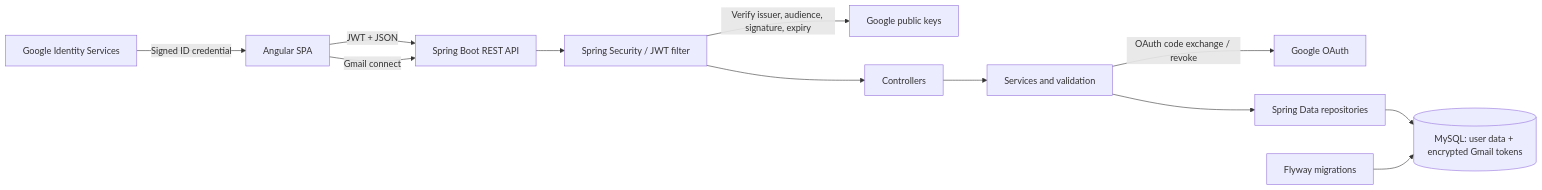
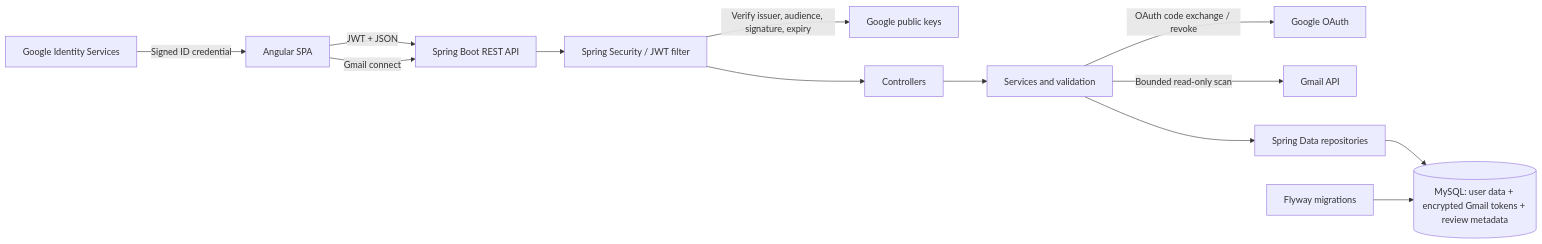
The diagram in README.md (NeelLogic/JobTrackr), drawn with Mermaid before and after one commit. The commit also changed other lines of this file, not shown here.

Commit message:
docs: document Phase 9 Gmail imports

````diff
--- a/README.md
+++ b/README.md
@@ -40,14 +43,15 @@
 ```mermaid
 flowchart LR
     GIS["Google Identity Services"] -->|"Signed ID credential"| UI
     UI["Angular SPA"] -->|"JWT + JSON"| API["Spring Boot REST API"]
     UI -->|"Gmail connect"| API
     API --> SEC["Spring Security / JWT filter"]
     SEC -->|"Verify issuer, audience, signature, expiry"| GKEYS["Google public keys"]
     SEC --> CTRL["Controllers"]
     CTRL --> SVC["Services and validation"]
     SVC -->|"OAuth code exchange / revoke"| GOAUTH["Google OAuth"]
+    SVC -->|"Bounded read-only scan"| GMAIL["Gmail API"]
     SVC --> REPO["Spring Data repositories"]
-    REPO --> DB[("MySQL: user data + encrypted Gmail tokens")]
+    REPO --> DB[("MySQL: user data + encrypted Gmail tokens + review metadata")]
     FLY["Flyway migrations"] --> DB
 ```
````
